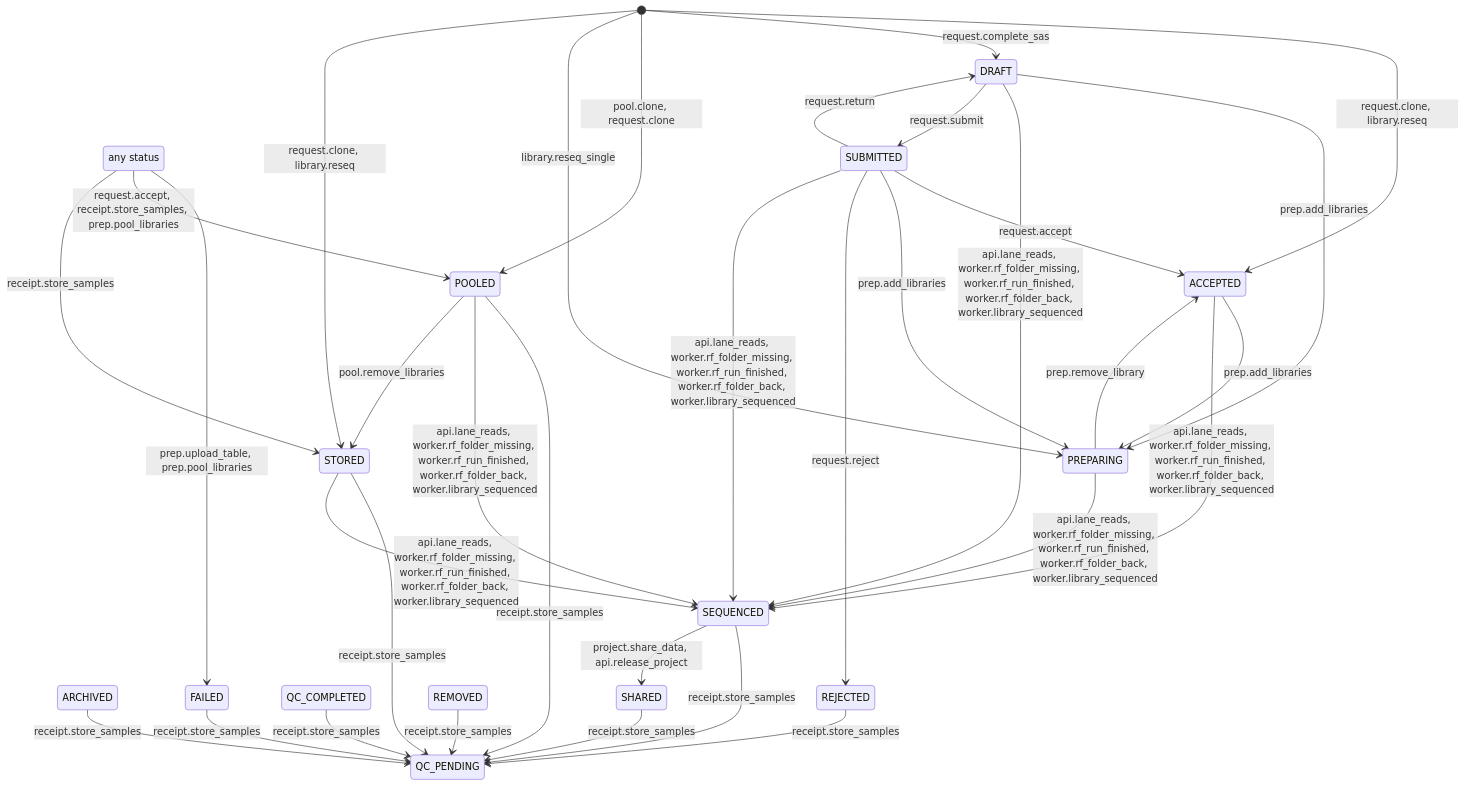
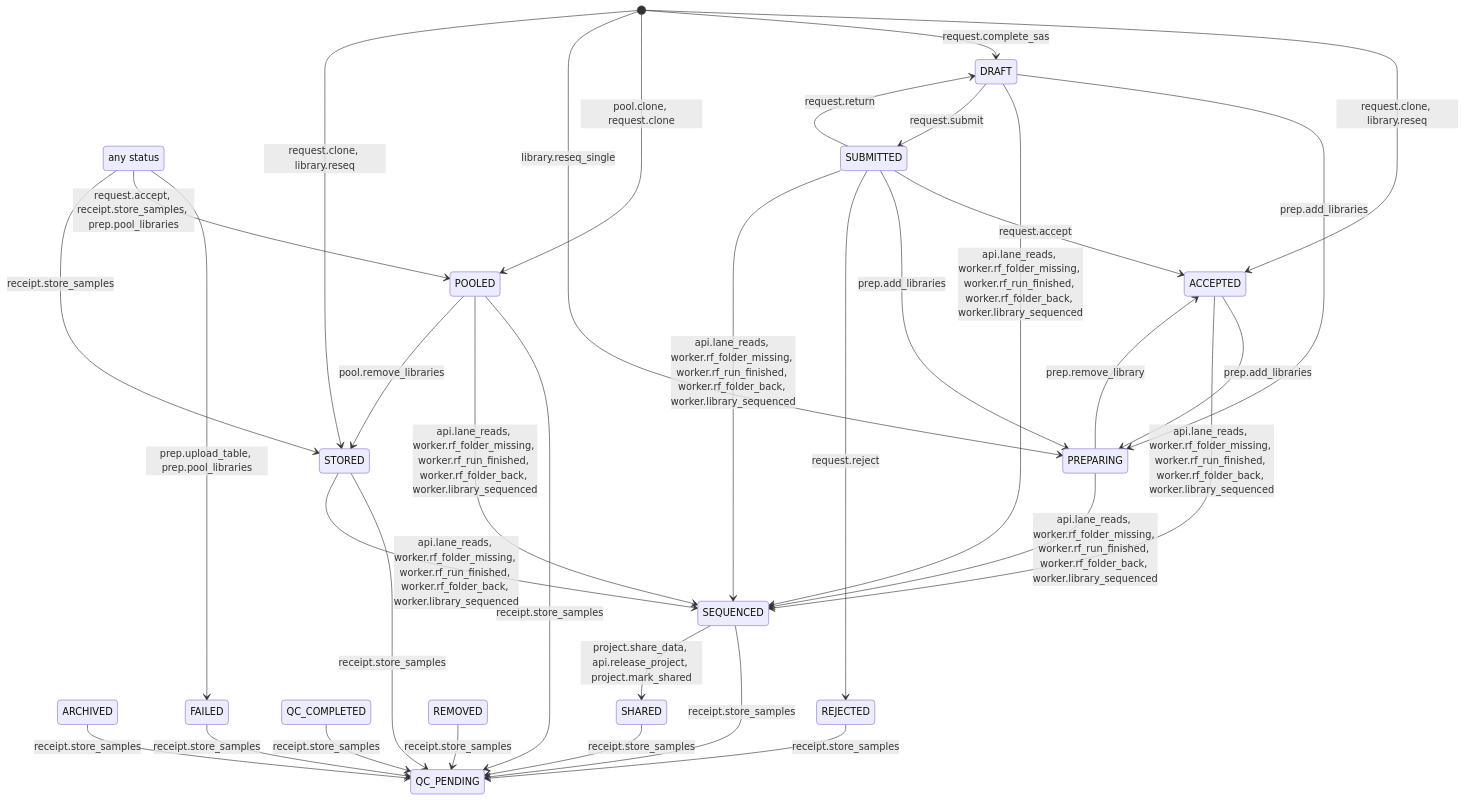
One commit to lutrarutra/opengsync-app changed the fourth of 9 diagrams in docs/state-transitions.md. Above: the diagram before and after it, drawn with Mermaid. The commit also changed other lines of this file and 5 other files, not shown here.

First line of the commit message:
Mark project data shared without sending it again

````diff
--- a/docs/state-transitions.md
+++ b/docs/state-transitions.md
@@ -353,37 +353,37 @@
 ```mermaid
 stateDiagram-v2
     state "any status" as any
     ACCEPTED --> PREPARING : prep.add_libraries
     ACCEPTED --> SEQUENCED : api.lane_reads, worker.rf_folder_missing, worker.rf_run_finished, worker.rf_folder_back, worker.library_sequenced
     ARCHIVED --> QC_PENDING : receipt.store_samples
     DRAFT --> PREPARING : prep.add_libraries
     DRAFT --> SEQUENCED : api.lane_reads, worker.rf_folder_missing, worker.rf_run_finished, worker.rf_folder_back, worker.library_sequenced
     DRAFT --> SUBMITTED : request.submit
     FAILED --> QC_PENDING : receipt.store_samples
     POOLED --> QC_PENDING : receipt.store_samples
     POOLED --> SEQUENCED : api.lane_reads, worker.rf_folder_missing, worker.rf_run_finished, worker.rf_folder_back, worker.library_sequenced
     POOLED --> STORED : pool.remove_libraries
     PREPARING --> ACCEPTED : prep.remove_library
     PREPARING --> SEQUENCED : api.lane_reads, worker.rf_folder_missing, worker.rf_run_finished, worker.rf_folder_back, worker.library_sequenced
     QC_COMPLETED --> QC_PENDING : receipt.store_samples
     REJECTED --> QC_PENDING : receipt.store_samples
     REMOVED --> QC_PENDING : receipt.store_samples
     SEQUENCED --> QC_PENDING : receipt.store_samples
-    SEQUENCED --> SHARED : project.share_data, api.release_project
+    SEQUENCED --> SHARED : project.share_data, api.release_project, project.mark_shared
     SHARED --> QC_PENDING : receipt.store_samples
     STORED --> QC_PENDING : receipt.store_samples
     STORED --> SEQUENCED : api.lane_reads, worker.rf_folder_missing, worker.rf_run_finished, worker.rf_folder_back, worker.library_sequenced
     SUBMITTED --> ACCEPTED : request.accept
     SUBMITTED --> DRAFT : request.return
     SUBMITTED --> PREPARING : prep.add_libraries
     SUBMITTED --> REJECTED : request.reject
     SUBMITTED --> SEQUENCED : api.lane_reads, worker.rf_folder_missing, worker.rf_run_finished, worker.rf_folder_back, worker.library_sequenced
     [*] --> ACCEPTED : request.clone, library.reseq
     [*] --> DRAFT : request.complete_sas
     [*] --> POOLED : pool.clone, request.clone
     [*] --> PREPARING : library.reseq_single
     [*] --> STORED : request.clone, library.reseq
     any --> FAILED : prep.upload_table, prep.pool_libraries
     any --> POOLED : request.accept, receipt.store_samples, prep.pool_libraries
     any --> STORED : receipt.store_samples
 ```
````
